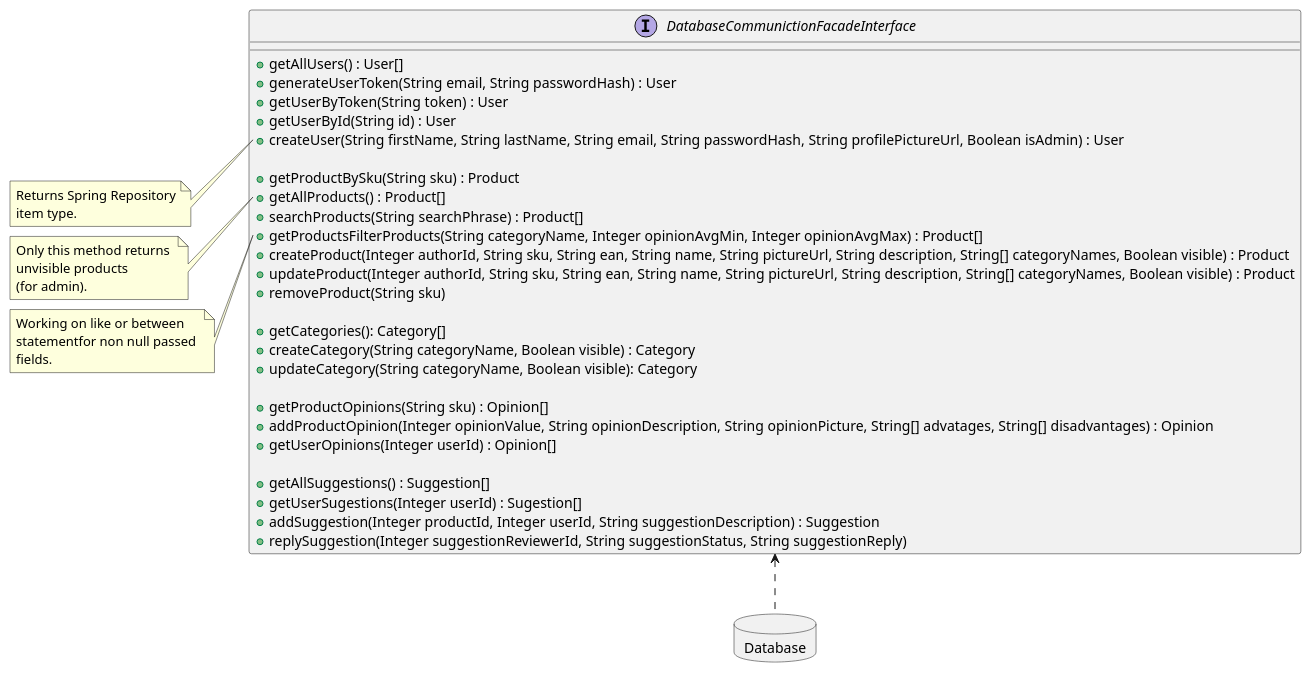
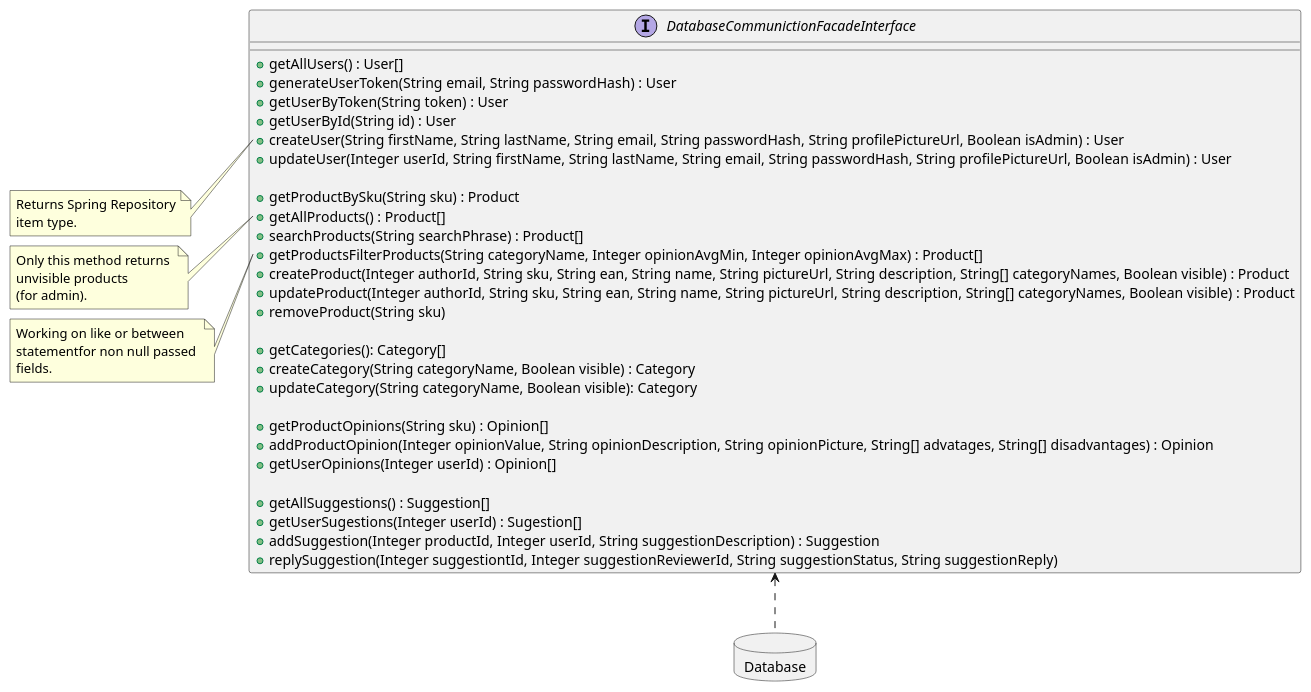
Before and after one commit to RadekBucki/OpinionCollectorArchitecture: the diagram in backend/BackendDatabaseCommunication.md, drawn with PlantUML. The commit also changed 1 other file, not shown here.

Commit message:
Add ids to update operations

````diff
--- a/backend/BackendDatabaseCommunication.md
+++ b/backend/BackendDatabaseCommunication.md
@@ -3,55 +3,56 @@
 ```plantuml
 @startuml
 DatabaseCommunictionFacadeInterface <.. Database
 
 database Database {
 }
 
 interface DatabaseCommunictionFacadeInterface {
     + getAllUsers() : User[]
     + generateUserToken(String email, String passwordHash) : User
     + getUserByToken(String token) : User
     + getUserById(String id) : User
     + createUser(String firstName, String lastName, String email, String passwordHash, String profilePictureUrl, Boolean isAdmin) : User
+    + updateUser(Integer userId, String firstName, String lastName, String email, String passwordHash, String profilePictureUrl, Boolean isAdmin) : User
     
     + getProductBySku(String sku) : Product
     + getAllProducts() : Product[]
     + searchProducts(String searchPhrase) : Product[]
     + getProductsFilterProducts(String categoryName, Integer opinionAvgMin, Integer opinionAvgMax) : Product[]
     + createProduct(Integer authorId, String sku, String ean, String name, String pictureUrl, String description, String[] categoryNames, Boolean visible) : Product
     + updateProduct(Integer authorId, String sku, String ean, String name, String pictureUrl, String description, String[] categoryNames, Boolean visible) : Product
     + removeProduct(String sku)
     
     + getCategories(): Category[]
     + createCategory(String categoryName, Boolean visible) : Category
     + updateCategory(String categoryName, Boolean visible): Category
     
     + getProductOpinions(String sku) : Opinion[]
     + addProductOpinion(Integer opinionValue, String opinionDescription, String opinionPicture, String[] advatages, String[] disadvantages) : Opinion
     + getUserOpinions(Integer userId) : Opinion[]
     
     + getAllSuggestions() : Suggestion[]
     + getUserSugestions(Integer userId) : Sugestion[]
     + addSuggestion(Integer productId, Integer userId, String suggestionDescription) : Suggestion
-    + replySuggestion(Integer suggestionReviewerId, String suggestionStatus, String suggestionReply)
+    + replySuggestion(Integer suggestiontId, Integer suggestionReviewerId, String suggestionStatus, String suggestionReply)
 }
 
 note left of DatabaseCommunictionFacadeInterface::createUser
     Returns Spring Repository
     item type.
 endnote
 
 note left of DatabaseCommunictionFacadeInterface::getAllProducts
     Only this method returns 
     unvisible products
     (for admin).
 endnote
 
 note left of DatabaseCommunictionFacadeInterface::getProductsFilterProducts
     Working on like or between 
     statementfor non null passed 
     fields.
 endnote
 
 @enduml 
 ```
````
